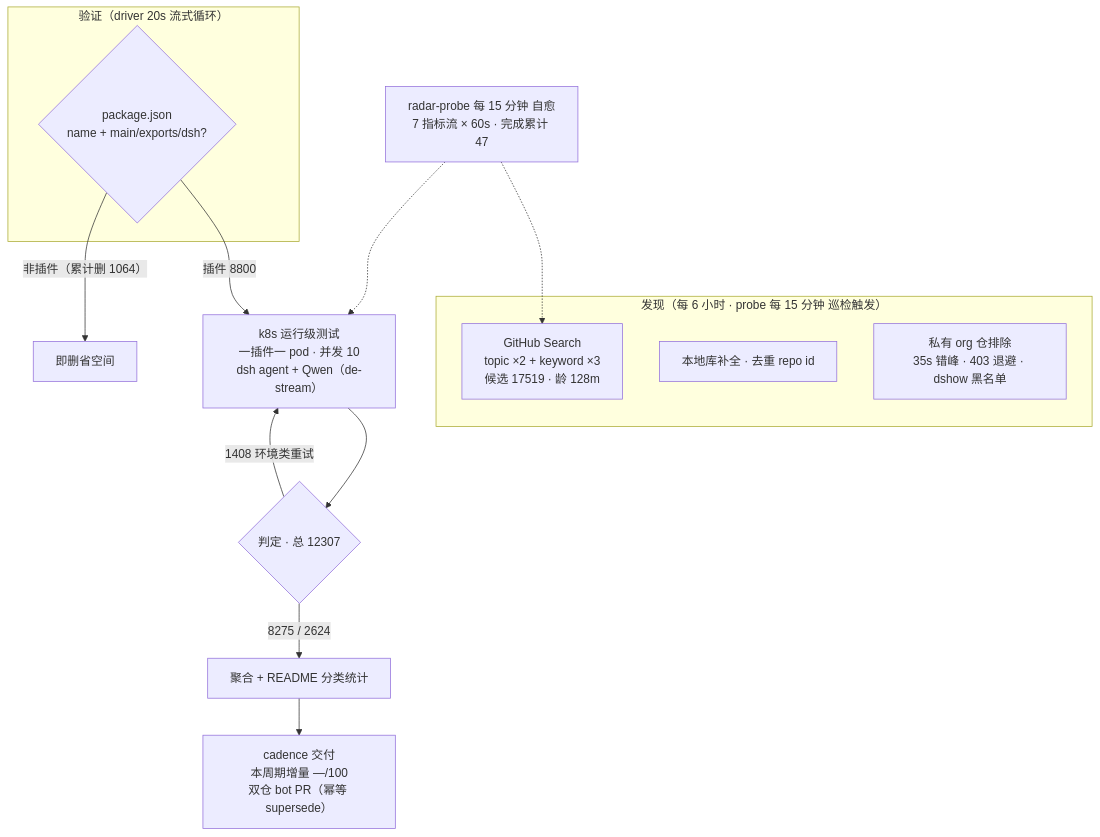
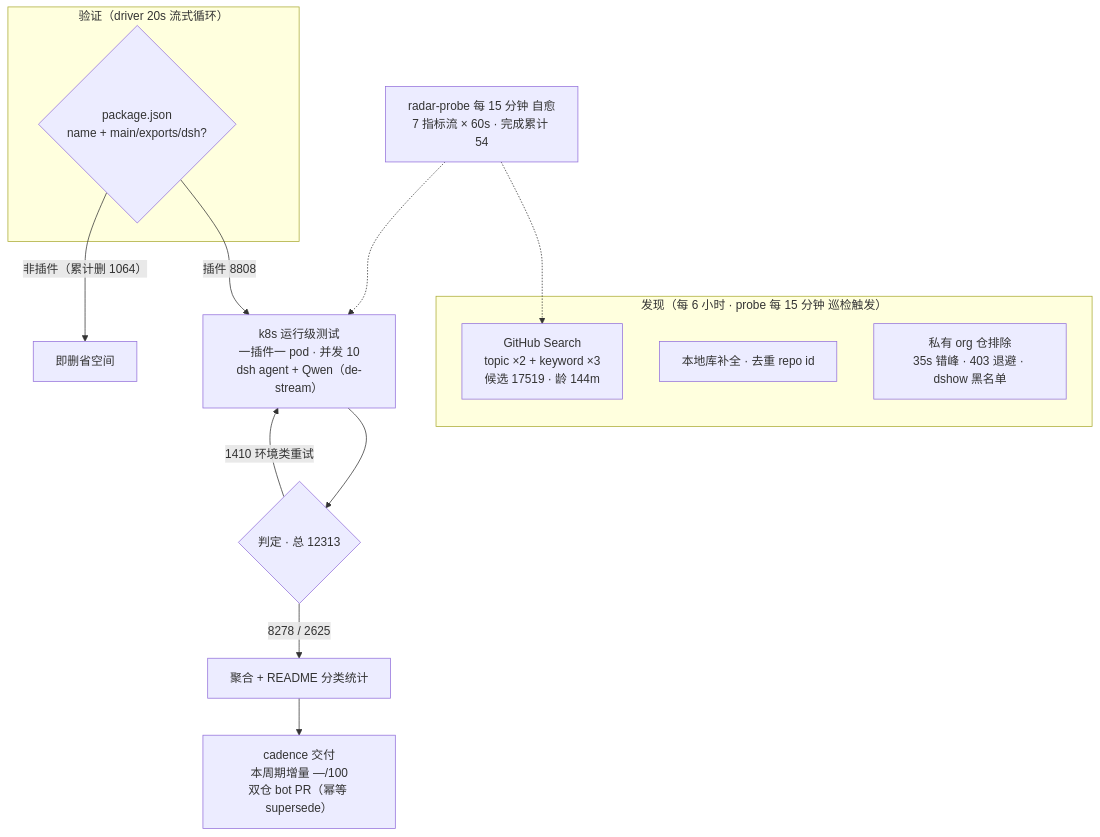
Before and after one commit to Zhidao-Lab-OSS/awesome-dsh-plugins: the diagram in README.md, drawn with Mermaid. The commit also changed other lines of this file and 1 other file, not shown here.

````diff
--- a/README.md
+++ b/README.md
@@ -52,20 +52,20 @@
 ```mermaid
 flowchart TB
     subgraph Discovery["发现（每 6 小时 · probe 每 15 分钟 巡检触发）"]
-        A1["GitHub Search<br/>topic ×2 + keyword ×3<br/>候选 17519 · 龄 128m"]
+        A1["GitHub Search<br/>topic ×2 + keyword ×3<br/>候选 17519 · 龄 144m"]
         A2["本地库补全 · 去重 repo id"]
         A3["私有 org 仓排除<br/>35s 错峰 · 403 退避 · dshow 黑名单"]
     end
     subgraph Validation["验证（driver 20s 流式循环）"]
         B1{"package.json<br/>name + main/exports/dsh?"}
     end
-    B1 -->|"插件 8800"| C1["k8s 运行级测试<br/>一插件一 pod · 并发 10<br/>dsh agent + Qwen（de-stream）"]
+    B1 -->|"插件 8808"| C1["k8s 运行级测试<br/>一插件一 pod · 并发 10<br/>dsh agent + Qwen（de-stream）"]
     B1 -->|"非插件（累计删 1064）"| B3["即删省空间"]
-    C1 --> D1{"判定 · 总 12307"}
-    D1 -->|"8275 / 2624"| E1["聚合 + README 分类统计"]
-    D1 -->|"1408 环境类重试"| C1
+    C1 --> D1{"判定 · 总 12313"}
+    D1 -->|"8278 / 2625"| E1["聚合 + README 分类统计"]
+    D1 -->|"1410 环境类重试"| C1
     E1 --> E2["cadence 交付<br/>本周期增量 —/100<br/>双仓 bot PR（幂等 supersede）"]
-    M["radar-probe 每 15 分钟 自愈<br/>7 指标流 × 60s · 完成累计 47"]
+    M["radar-probe 每 15 分钟 自愈<br/>7 指标流 × 60s · 完成累计 54"]
     M -.-> A1
     M -.-> C1
 ```
````
